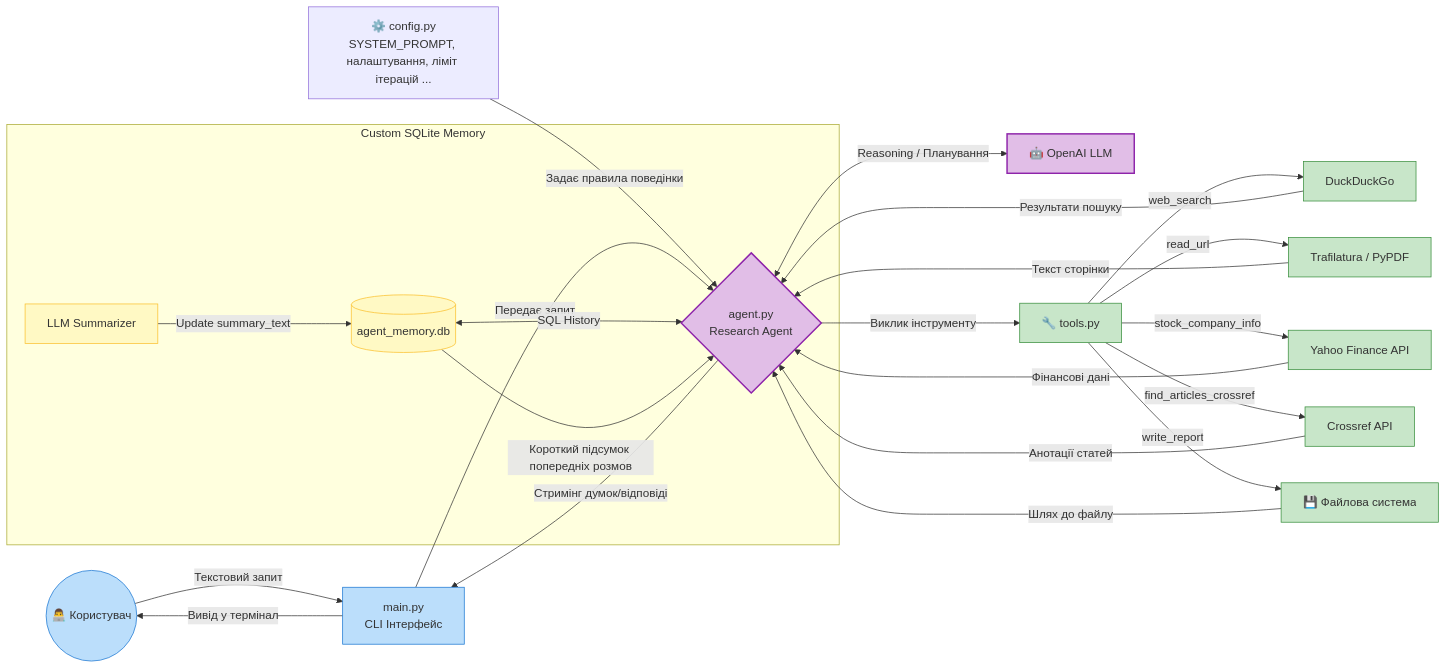
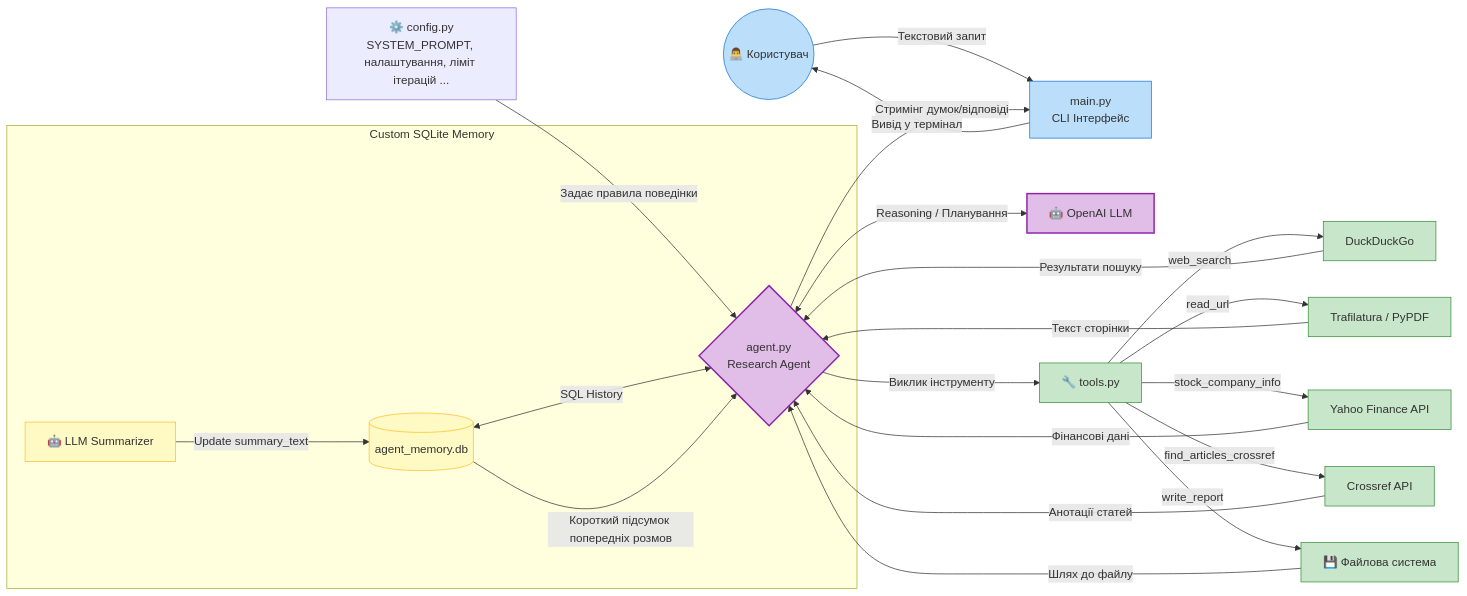
One commit to viktor-taraba/MULTI-AGENT-SYSTEMS-course changed the diagram in homework-lesson-4/README.md. Above: the diagram before and after it, drawn with Mermaid.

````diff
--- a/homework-lesson-4/README.md
+++ b/homework-lesson-4/README.md
@@ -66,43 +66,42 @@
 ```mermaid
 graph LR
     User((👨‍💻 Користувач)) -->|Текстовий запит| Main[main.py<br/>CLI Інтерфейс]
 
-    Config[⚙️ config.py<br/>SYSTEM_PROMPT, налаштування, ліміт ітерацій ...] -->|Задає правила поведінки| Agent
-    Main -->|Передає запит| Agent{agent.py<br/>Research Agent}
+    Config[⚙️ config.py<br/>SYSTEM_PROMPT, налаштування, ліміт ітерацій ...] -->|Задає правила поведінки| Agent{agent.py<br/>Research Agent}
     
     %% Оновлений блок пам'яті
     subgraph Memory_System [Custom SQLite Memory]
         DB[(agent_memory.db)] <-->|SQL History| Agent
-        Summary[LLM Summarizer] -->|Update summary_text| DB
+        Summary[🤖 LLM Summarizer] -->|Update summary_text| DB
         DB -->|Короткий підсумок попередніх розмов| Agent
     end
 
     Agent <-->|Reasoning / Планування| LLM[🤖 OpenAI LLM]
     
     Agent -->|Виклик інструменту| Tools[🔧 tools.py]
     
     Tools -->|web_search| Web[DuckDuckGo]
     Tools -->|read_url| URL[Trafilatura / PyPDF]
     Tools -->|stock_company_info| Fin[Yahoo Finance API]
     Tools -->|find_articles_crossref| Sci[Crossref API]
     Tools -->|write_report| Save[💾 Файлова система]
     
     Web -->|Результати пошуку| Agent
     URL -->|Текст сторінки| Agent
     Fin -->|Фінансові дані| Agent
     Sci -->|Анотації статей| Agent
     Save -->|Шлях до файлу| Agent
     
     Agent -->|Стримінг думок/відповіді| Main
     Main -->|Вивід у термінал| User
   
     classDef core fill:#e1bee7,stroke:#8e24aa,stroke-width:2px;
     classDef io fill:#bbdefb,stroke:#1976d2,stroke-width:1px;
     classDef tool fill:#c8e6c9,stroke:#388e3c,stroke-width:1px;
     classDef db_style fill:#fff9c4,stroke:#fbc02d,stroke-width:1px;
     
     class Agent,LLM core;
     class User,Main io;
     class Tools,Web,URL,Fin,Sci,Save tool;
     class DB,Summary db_style;
 ```
````
